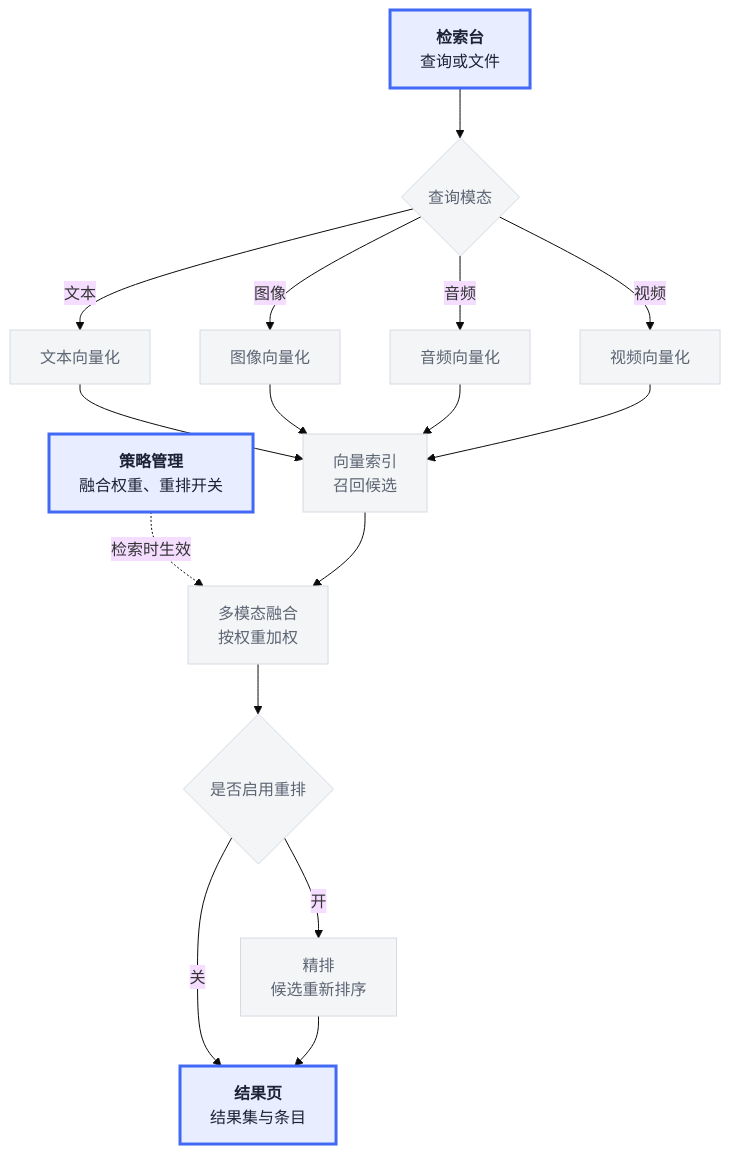
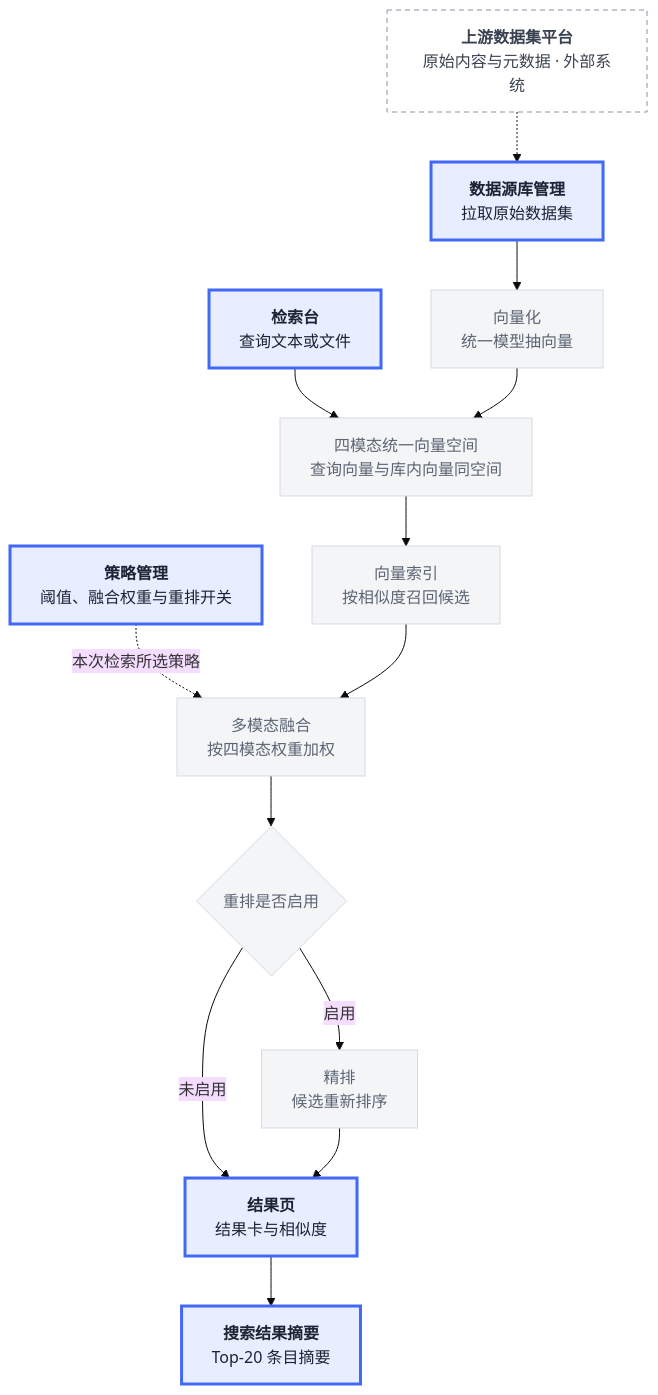
One commit to helichiyu/hyqx-cross-modal-retrieval changed the second of 12 diagrams in docs/【数据流图】跨模态检索中心 · 系统数据流.md. Above: the diagram before and after it, drawn with Mermaid (base theme). The commit also changed other lines of this file and 10 other files, not shown here.

````diff
--- a/docs/【数据流图】跨模态检索中心 · 系统数据流.md
+++ b/docs/【数据流图】跨模态检索中心 · 系统数据流.md
@@ -57,23 +51,22 @@
 ```mermaid
 flowchart TD
-  Q["<b>检索台</b><br/>查询或文件"] --> QM{查询模态}
-  QM -->|文本| V1["文本向量化"]
-  QM -->|图像| V2["图像向量化"]
-  QM -->|音频| V3["音频向量化"]
-  QM -->|视频| V4["视频向量化"]
-  CFG["<b>策略管理</b><br/>融合权重、重排开关"] -.->|检索时生效| FUSE
-  V1 --> R["向量索引<br/>召回候选"]
-  V2 --> R
-  V3 --> R
-  V4 --> R
-  R --> FUSE["多模态融合<br/>按权重加权"]
-  FUSE --> RR{是否启用重排}
-  RR -->|开| P["精排<br/>候选重新排序"]
-  RR -->|关| OUT
-  P --> OUT["<b>结果页</b><br/>结果集与条目"]
+  EXT["<b>上游数据集平台</b><br/>原始内容与元数据 · 外部系统"] -.-> KM["<b>数据源库管理</b><br/>拉取原始数据集"]
+  KM --> VEC["向量化<br/>统一模型抽向量"]
+  Q["<b>检索台</b><br/>查询文本或文件"] --> V["四模态统一向量空间<br/>查询向量与库内向量同空间"]
+  VEC --> V
+  V --> R["向量索引<br/>按相似度召回候选"]
+  CFG["<b>策略管理</b><br/>阈值、融合权重与重排开关"] -.->|本次检索所选策略| F["多模态融合<br/>按四模态权重加权"]
+  R --> F
+  F --> RR{"重排是否启用"}
+  RR -->|启用| P["精排<br/>候选重新排序"]
+  RR -->|未启用| O
+  P --> O["<b>结果页</b><br/>结果卡与相似度"]
+  O --> S["<b>搜索结果摘要</b><br/>Top-20 条目摘要"]
 
   classDef l2 fill:#e8eeff,stroke:#4169f6,color:#1c2434,stroke-width:3px
+  classDef ext fill:#ffffff,stroke:#8b93a7,color:#3a4252,stroke-dasharray: 5 4
   classDef step fill:#f4f5f7,stroke:#d5dae3,color:#5c6573,stroke-width:1px
-  class Q,CFG,OUT l2
-  class QM,V1,V2,V3,V4,R,FUSE,RR,P step
+  class KM,Q,CFG,O,S l2
+  class EXT ext
+  class VEC,V,R,F,RR,P step
 ```
````
